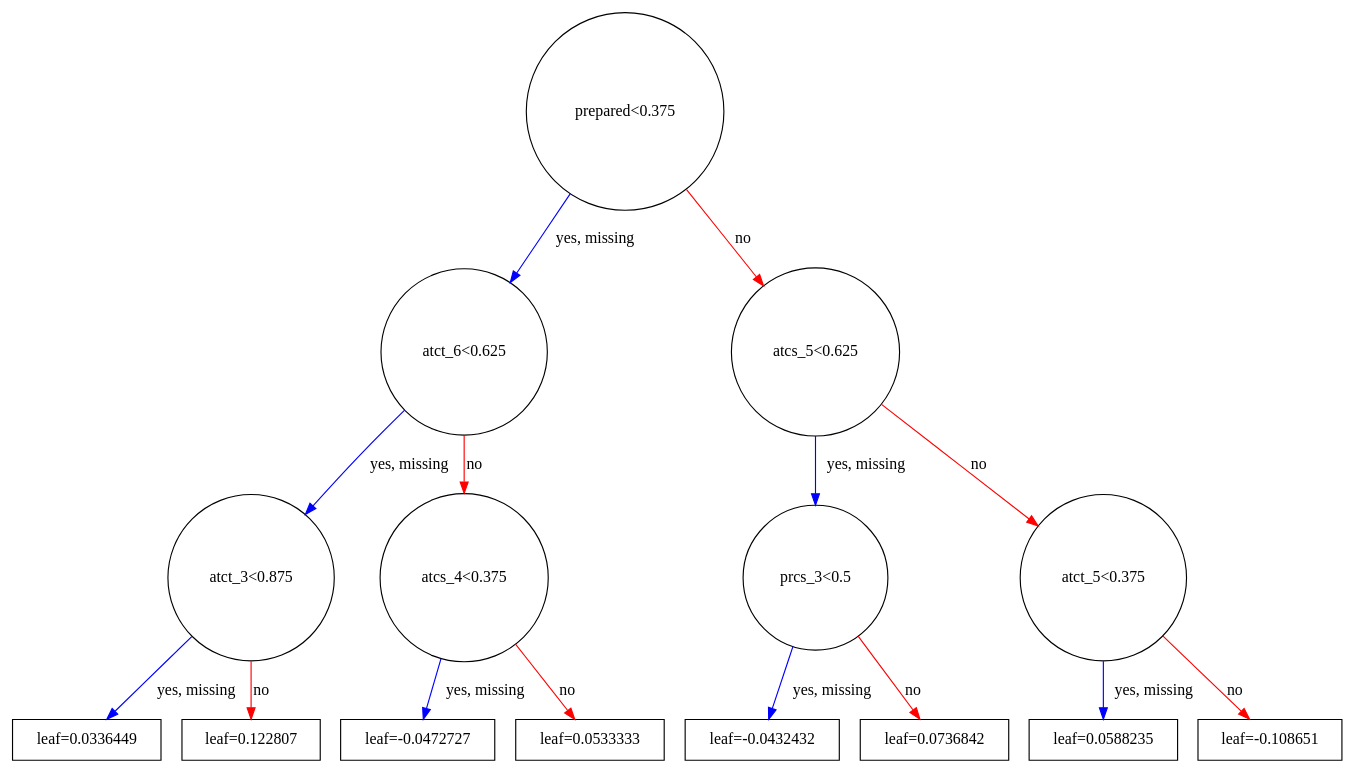
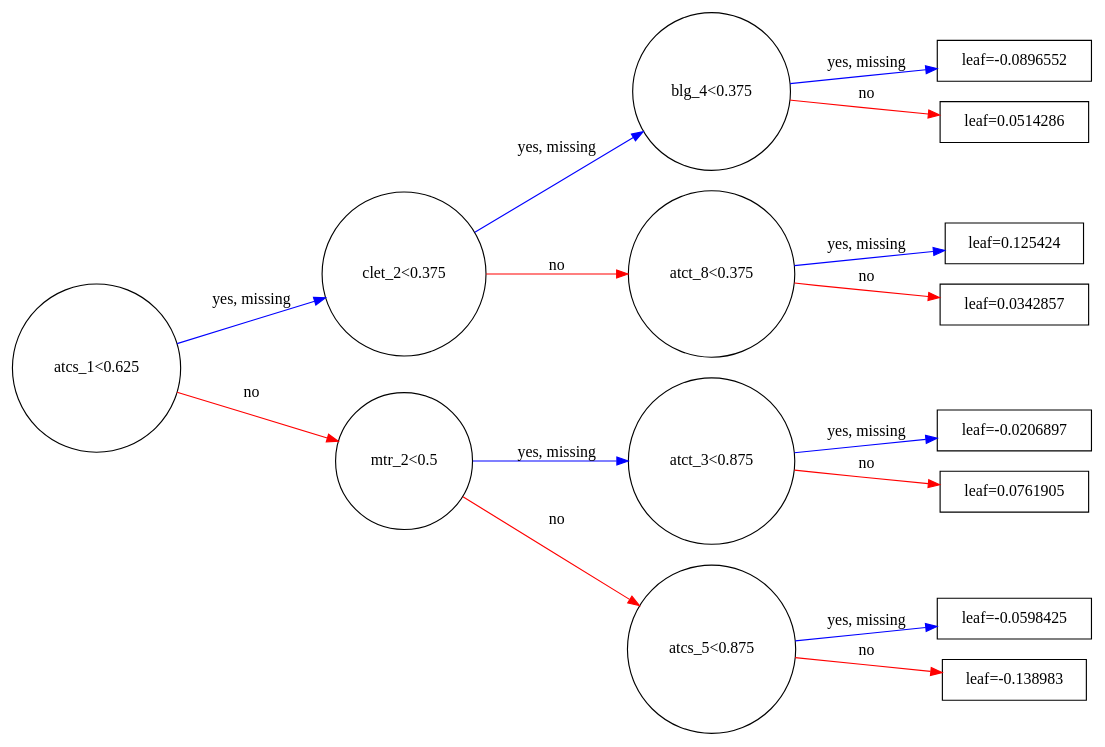
Before and after one commit to omoju/IntroCSExperiencePrediction: the diagram in report/figures/X_all_No_Gender_graph.gv, drawn with Graphviz. The commit also changed 6 other files, not shown here.

```diff
--- a/report/figures/X_all_No_Gender_graph.gv
+++ b/report/figures/X_all_No_Gender_graph.gv
@@ -1,32 +1,32 @@
 digraph {
-	graph [rankdir=UT]
-		0 [label="prepared<0.375" shape=circle]
+	graph [rankdir=LR]
+		0 [label="atcs_1<0.625" shape=circle]
 			0 -> 1 [label="yes, missing" color="#0000FF"]
 			0 -> 2 [label=no color="#FF0000"]
-		1 [label="atct_6<0.625" shape=circle]
+		1 [label="clet_2<0.375" shape=circle]
 			1 -> 3 [label="yes, missing" color="#0000FF"]
 			1 -> 4 [label=no color="#FF0000"]
-		3 [label="atct_3<0.875" shape=circle]
+		3 [label="blg_4<0.375" shape=circle]
 			3 -> 7 [label="yes, missing" color="#0000FF"]
 			3 -> 8 [label=no color="#FF0000"]
-		7 [label="leaf=0.0336449" shape=box]
-		8 [label="leaf=0.122807" shape=box]
-		4 [label="atcs_4<0.375" shape=circle]
+		7 [label="leaf=-0.0896552" shape=box]
+		8 [label="leaf=0.0514286" shape=box]
+		4 [label="atct_8<0.375" shape=circle]
 			4 -> 9 [label="yes, missing" color="#0000FF"]
 			4 -> 10 [label=no color="#FF0000"]
-		9 [label="leaf=-0.0472727" shape=box]
-		10 [label="leaf=0.0533333" shape=box]
-		2 [label="atcs_5<0.625" shape=circle]
+		9 [label="leaf=0.125424" shape=box]
+		10 [label="leaf=0.0342857" shape=box]
+		2 [label="mtr_2<0.5" shape=circle]
 			2 -> 5 [label="yes, missing" color="#0000FF"]
 			2 -> 6 [label=no color="#FF0000"]
-		5 [label="prcs_3<0.5" shape=circle]
+		5 [label="atct_3<0.875" shape=circle]
 			5 -> 11 [label="yes, missing" color="#0000FF"]
 			5 -> 12 [label=no color="#FF0000"]
-		11 [label="leaf=-0.0432432" shape=box]
-		12 [label="leaf=0.0736842" shape=box]
-		6 [label="atct_5<0.375" shape=circle]
+		11 [label="leaf=-0.0206897" shape=box]
+		12 [label="leaf=0.0761905" shape=box]
+		6 [label="atcs_5<0.875" shape=circle]
 			6 -> 13 [label="yes, missing" color="#0000FF"]
 			6 -> 14 [label=no color="#FF0000"]
-		13 [label="leaf=0.0588235" shape=box]
-		14 [label="leaf=-0.108651" shape=box]
+		13 [label="leaf=-0.0598425" shape=box]
+		14 [label="leaf=-0.138983" shape=box]
 }
```
